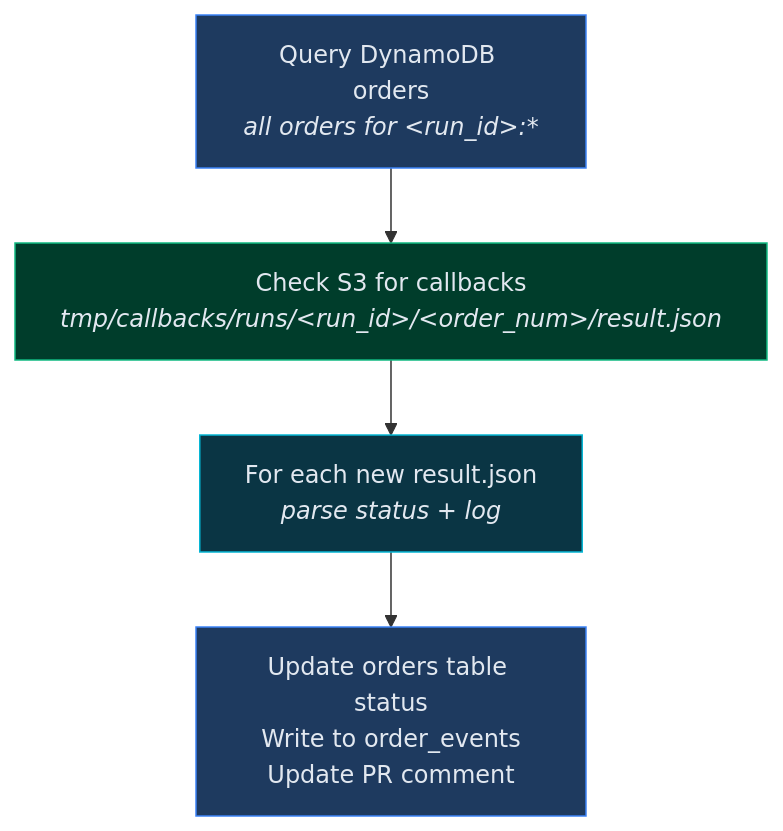
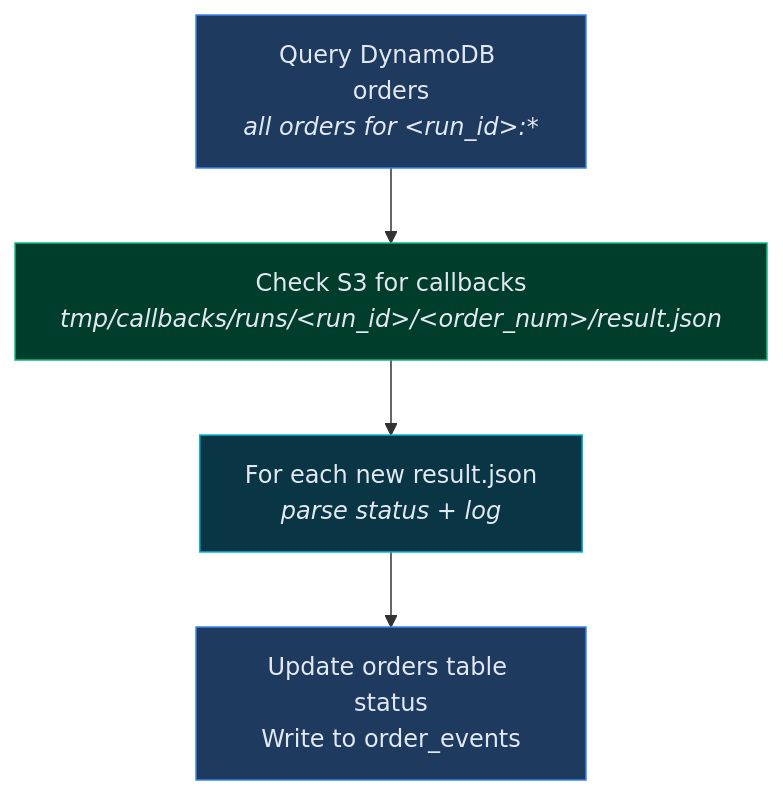
One commit to config0-hub/aws-execution-engine changed diagram 18 of 36 in docs/ARCHITECTURE.md. Above: the diagram before and after it, drawn with Mermaid. The commit also changed other lines of this file and 170 other files, not shown here.

````diff
--- a/docs/ARCHITECTURE.md
+++ b/docs/ARCHITECTURE.md
@@ -338,14 +326,14 @@
 ```mermaid
 flowchart TB
     Query["Query DynamoDB orders<br><i>all orders for &lt;run_id&gt;:*</i>"]
     CheckS3["Check S3 for callbacks<br><i>tmp/callbacks/runs/&lt;run_id&gt;/&lt;order_num&gt;/result.json</i>"]
     Parse["For each new result.json<br><i>parse status + log</i>"]
-    Update["Update orders table status<br>Write to order_events<br>Update PR comment"]
+    Update["Update orders table status<br>Write to order_events"]
 
     Query --> CheckS3 --> Parse --> Update
 
     style Query fill:#1e3a5f,stroke:#3b82f6,color:#e2e8f0
     style CheckS3 fill:#003d2b,stroke:#10b981,color:#e2e8f0
     style Parse fill:#0a3544,stroke:#06b6d4,color:#e2e8f0
     style Update fill:#1e3a5f,stroke:#3b82f6,color:#e2e8f0
 ```
````
